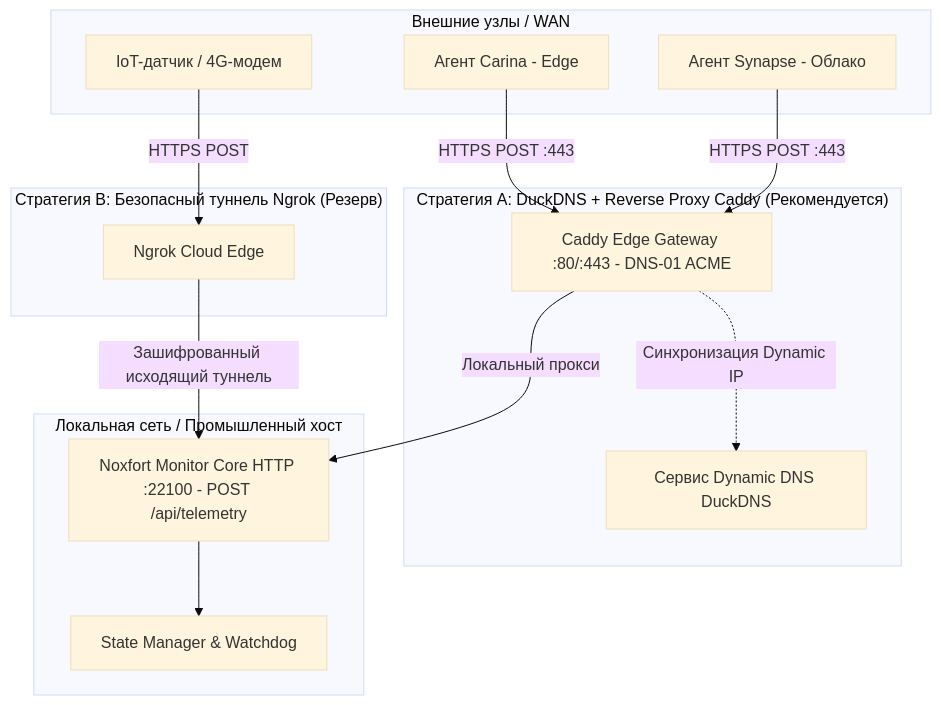
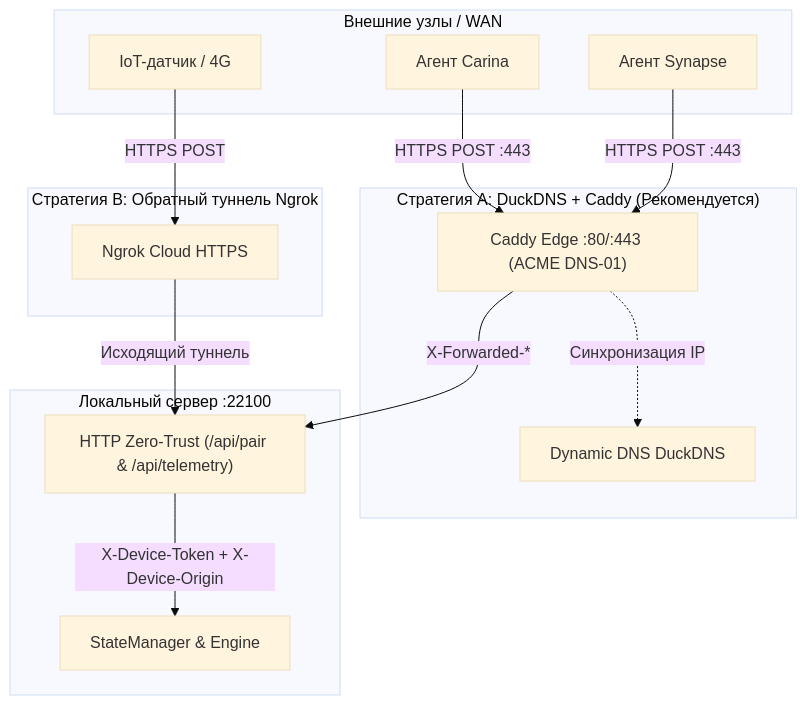
One commit to Noxfort-Systems-Brazil/MONITOR changed the diagram in docs/ru/remote_access.md. Above: the diagram before and after it, drawn with Mermaid (base theme). The commit also changed other lines of this file and 186 other files, not shown here.

````diff
--- a/docs/ru/remote_access.md
+++ b/docs/ru/remote_access.md
@@ -13,31 +11,31 @@
 ```mermaid
 graph TD
     subgraph "Внешние узлы / WAN"
-        Carina[Агент Carina - Edge]
-        Synapse[Агент Synapse - Облако]
-        Sensor[IoT-датчик / 4G-модем]
+        Carina[Агент Carina]
+        Synapse[Агент Synapse]
+        Sensor[IoT-датчик / 4G]
     end
 
-    subgraph "Стратегия A: DuckDNS + Reverse Proxy Caddy (Рекомендуется)"
-        DuckDNS[Сервис Dynamic DNS DuckDNS]
-        Caddy[Caddy Edge Gateway :80/:443 - DNS-01 ACME]
+    subgraph "Стратегия A: DuckDNS + Caddy (Рекомендуется)"
+        DuckDNS[Dynamic DNS DuckDNS]
+        Caddy["Caddy Edge :80/:443 (ACME DNS-01)"]
     end
 
-    subgraph "Стратегия B: Безопасный туннель Ngrok (Резерв)"
-        NgrokEdge[Ngrok Cloud Edge]
+    subgraph "Стратегия B: Обратный туннель Ngrok"
+        NgrokEdge[Ngrok Cloud HTTPS]
     end
 
-    subgraph "Локальная сеть / Промышленный хост"
-        ExtHTTP[Noxfort Monitor Core HTTP :22100 - POST /api/telemetry]
-        StateManager[State Manager & Watchdog]
+    subgraph "Локальный сервер :22100"
+        ExtHTTP["HTTP Zero-Trust (/api/pair & /api/telemetry)"]
+        StateManager[StateManager & Engine]
     end
 
-    Carina -->|HTTPS POST :443| Caddy
-    Synapse -->|HTTPS POST :443| Caddy
-    Sensor -->|HTTPS POST| NgrokEdge
+    Carina -->|"HTTPS POST :443"| Caddy
+    Synapse -->|"HTTPS POST :443"| Caddy
+    Sensor -->|"HTTPS POST"| NgrokEdge
 
-    Caddy -.->|Синхронизация Dynamic IP| DuckDNS
-    Caddy -->|Локальный прокси| ExtHTTP
-    NgrokEdge -->|Зашифрованный исходящий туннель| ExtHTTP
-    ExtHTTP --> StateManager
+    Caddy -.->|"Синхронизация IP"| DuckDNS
+    Caddy -->|"X-Forwarded-*"| ExtHTTP
+    NgrokEdge -->|"Исходящий туннель"| ExtHTTP
+    ExtHTTP -->|"X-Device-Token + X-Device-Origin"| StateManager
 ```
````
